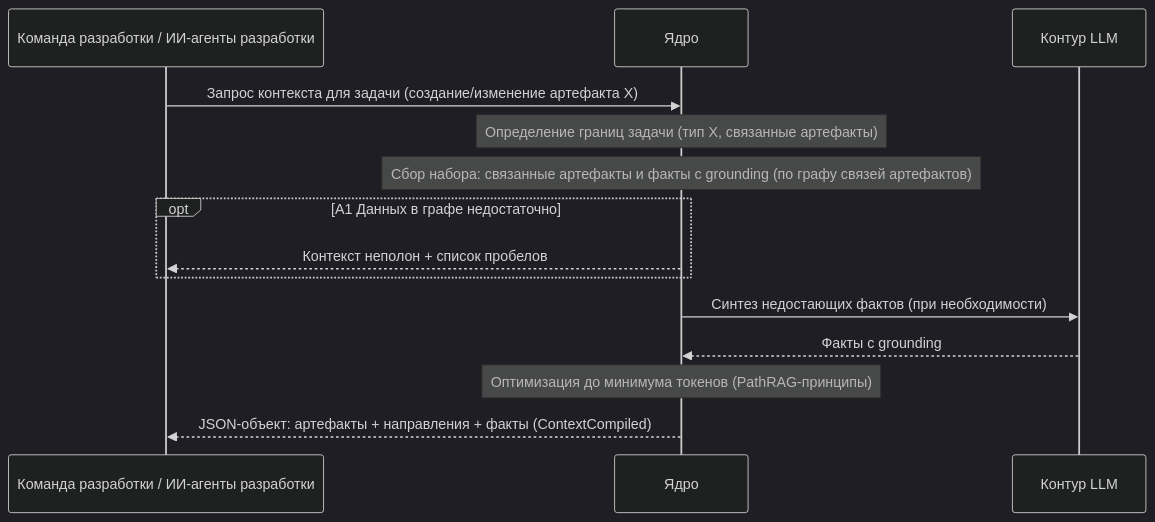
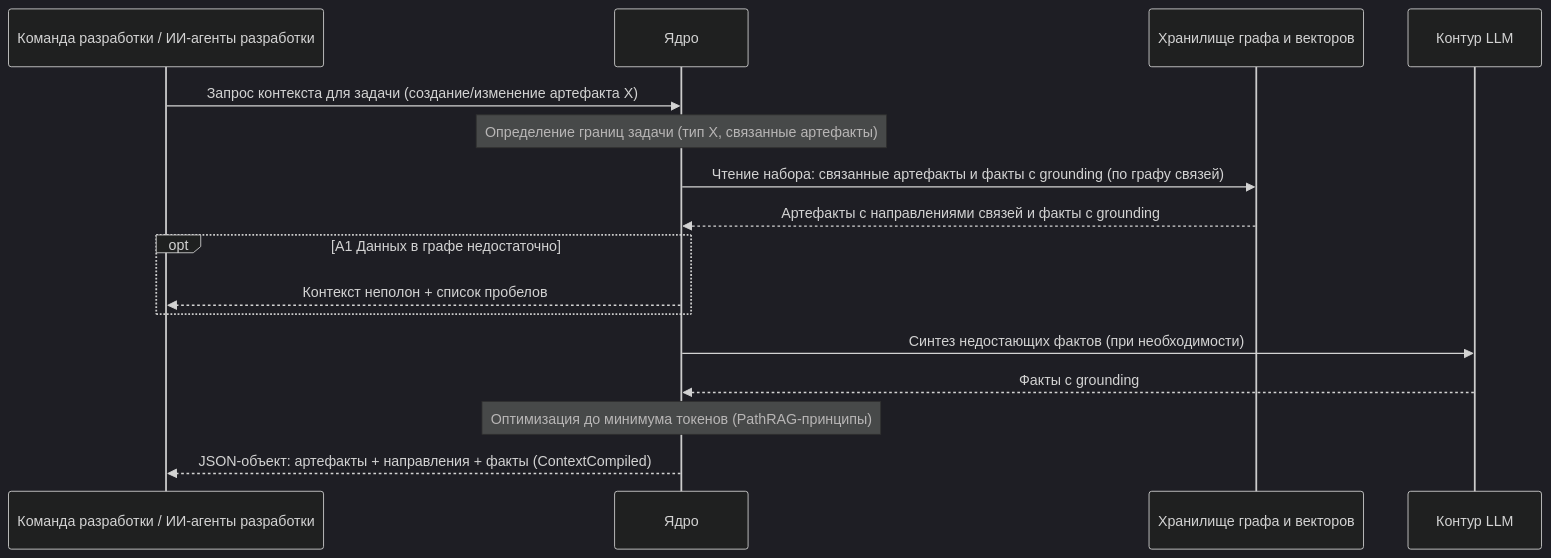
One commit to n-marusov/graphrag changed the diagram in specs/use-cases/UC-context.build.generate.md. Above: the diagram before and after it, drawn with Mermaid (dark theme). The commit also changed other lines of this file and 5 other files, not shown here.

First line of the commit message:
docs(use-cases): add storage container to UC diagrams

````diff
--- a/specs/use-cases/UC-context.build.generate.md
+++ b/specs/use-cases/UC-context.build.generate.md
@@ -15,26 +15,28 @@
 ```mermaid
 sequenceDiagram
     participant User as Команда разработки / ИИ-агенты разработки
     participant Core as Ядро
+    participant Store as Хранилище графа и векторов
     participant LLM as Контур LLM
 
     User->>Core: Запрос контекста для задачи (создание/изменение артефакта X)
 
     %% --- 1. Границы задачи ---
     Note over Core: Определение границ задачи (тип X, связанные артефакты)
 
     %% --- 2. Сбор набора ---
-    Note over Core: Сбор набора: связанные артефакты и факты с grounding (по графу связей артефактов)
+    Core->>Store: Чтение набора: связанные артефакты и факты с grounding (по графу связей)
+    Store-->>Core: Артефакты с направлениями связей и факты с grounding
 
     opt A1 Данных в графе недостаточно
         Core-->>User: Контекст неполон + список пробелов
     end
 
     %% --- 3. Синтез фактов ---
     Core->>LLM: Синтез недостающих фактов (при необходимости)
     LLM-->>Core: Факты с grounding
 
     %% --- 4. Оптимизация и формирование ---
     Note over Core: Оптимизация до минимума токенов (PathRAG-принципы)
     Core-->>User: JSON-объект: артефакты + направления + факты (ContextCompiled)
 ```
````
